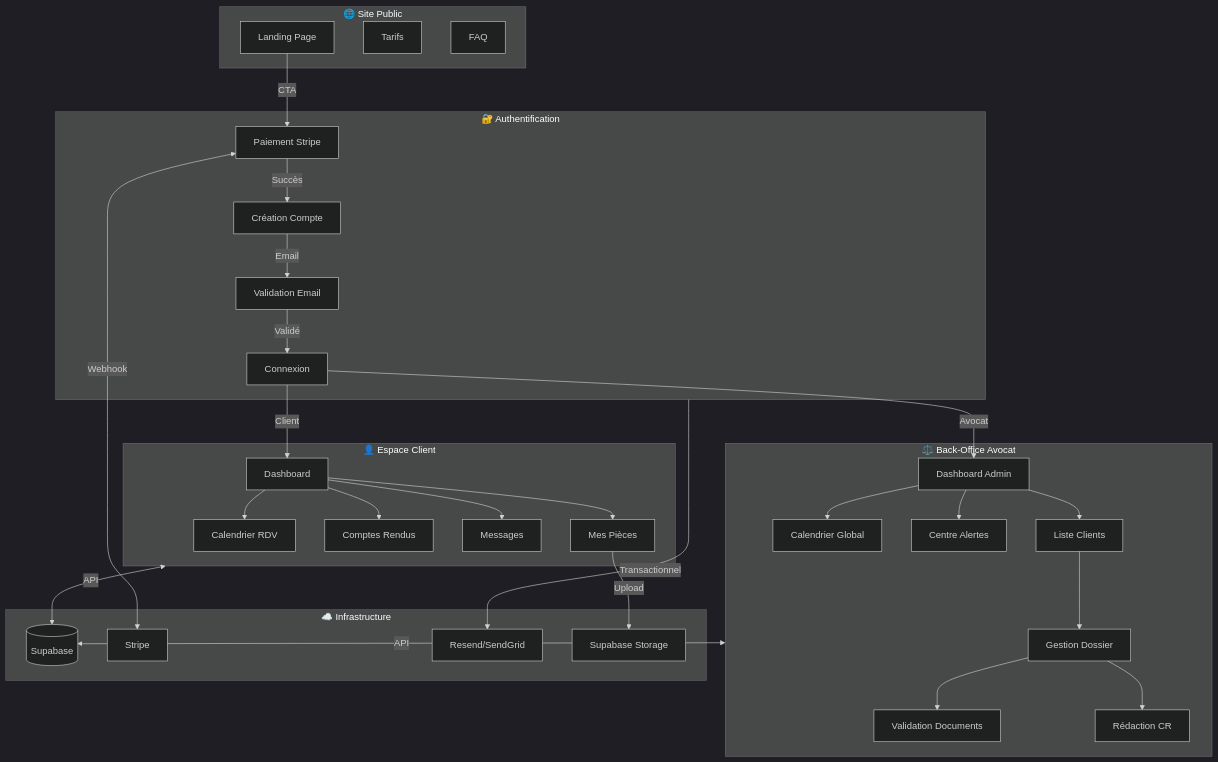
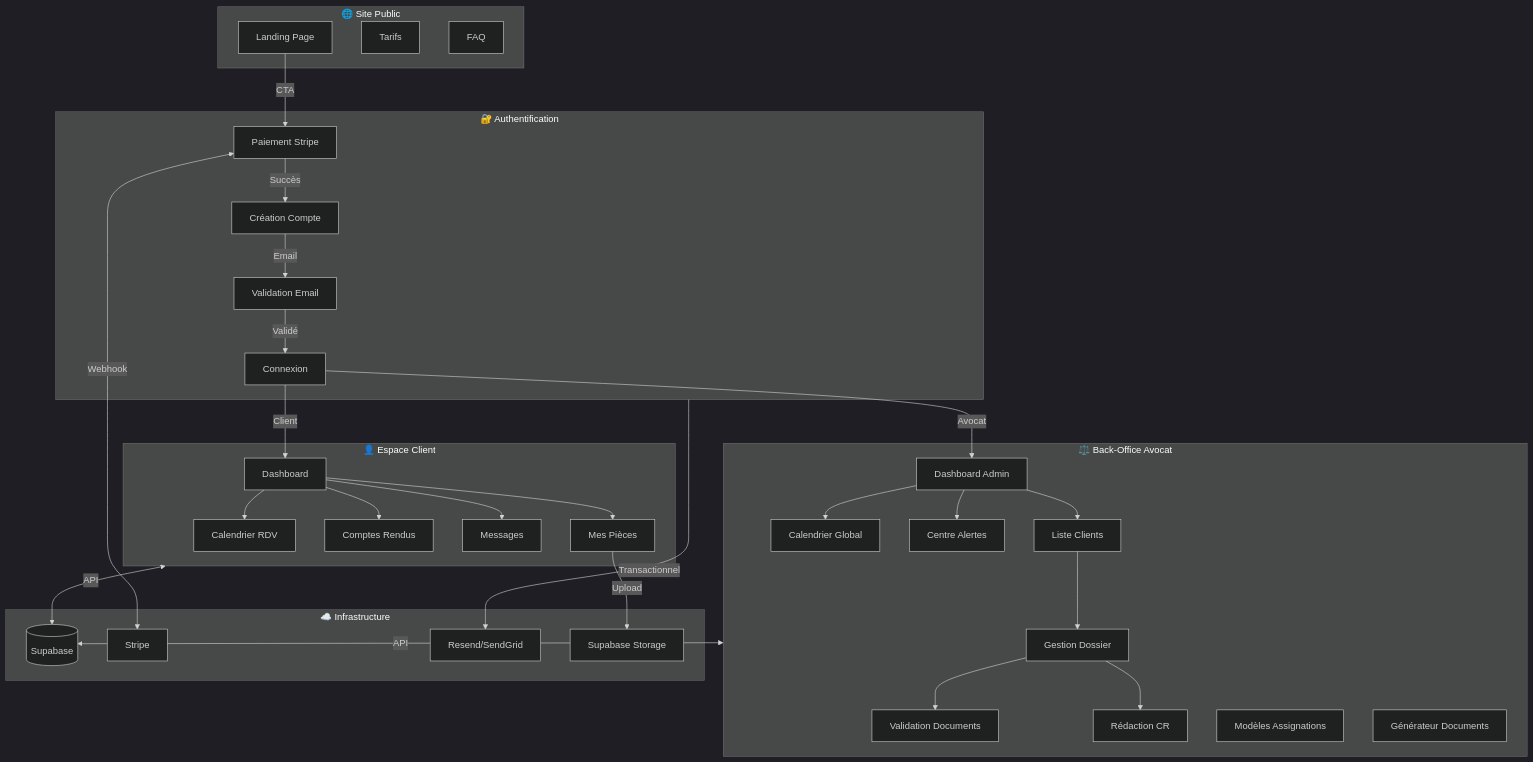
The first of 8 diagrams in PLAN.md (NMajster/Corentin-app), drawn with Mermaid (dark theme) before and after one commit. The commit also changed other lines of this file, not shown here.

Commit message:
Ajout système génération assignations (modèles, éditeur, export PDF, bordereau)

````diff
--- a/PLAN.md
+++ b/PLAN.md
@@ -11,65 +11,67 @@
 ```mermaid
 flowchart TB
     subgraph PUBLIC["🌐 Site Public"]
         LP[Landing Page]
         PRICING[Tarifs]
         FAQ[FAQ]
     end
 
     subgraph AUTH["🔐 Authentification"]
         PAY[Paiement Stripe]
         SIGNUP[Création Compte]
         VERIFY[Validation Email]
         LOGIN[Connexion]
     end
 
     subgraph CLIENT["👤 Espace Client"]
         CDASH[Dashboard]
         CPIECES[Mes Pièces]
         CCAL[Calendrier RDV]
         CREPORTS[Comptes Rendus]
         CMSG[Messages]
     end
 
     subgraph ADMIN["⚖️ Back-Office Avocat"]
         ADASH[Dashboard Admin]
         ACLIENTS[Liste Clients]
         ADOSSIER[Gestion Dossier]
         ADOCS[Validation Documents]
         AREPORTS[Rédaction CR]
         ACAL[Calendrier Global]
         AALERTS[Centre Alertes]
+        ATEMPL[Modèles Assignations]
+        AGENERATE[Générateur Documents]
     end
 
     subgraph INFRA["☁️ Infrastructure"]
         SUPA[(Supabase)]
         STRIPE[Stripe]
         EMAIL[Resend/SendGrid]
         STORAGE[Supabase Storage]
     end
 
     LP -->|CTA| PAY
     PAY -->|Succès| SIGNUP
     SIGNUP -->|Email| VERIFY
     VERIFY -->|Validé| LOGIN
     LOGIN -->|Client| CDASH
     LOGIN -->|Avocat| ADASH
 
     CDASH --> CPIECES
     CDASH --> CCAL
     CDASH --> CREPORTS
     CDASH --> CMSG
 
     ADASH --> ACLIENTS
     ACLIENTS --> ADOSSIER
     ADOSSIER --> ADOCS
     ADOSSIER --> AREPORTS
     ADASH --> ACAL
     ADASH --> AALERTS
 
     CLIENT <-->|API| SUPA
     ADMIN <-->|API| SUPA
     PAY <-->|Webhook| STRIPE
     AUTH -->|Transactionnel| EMAIL
     CPIECES -->|Upload| STORAGE
 ```
````
